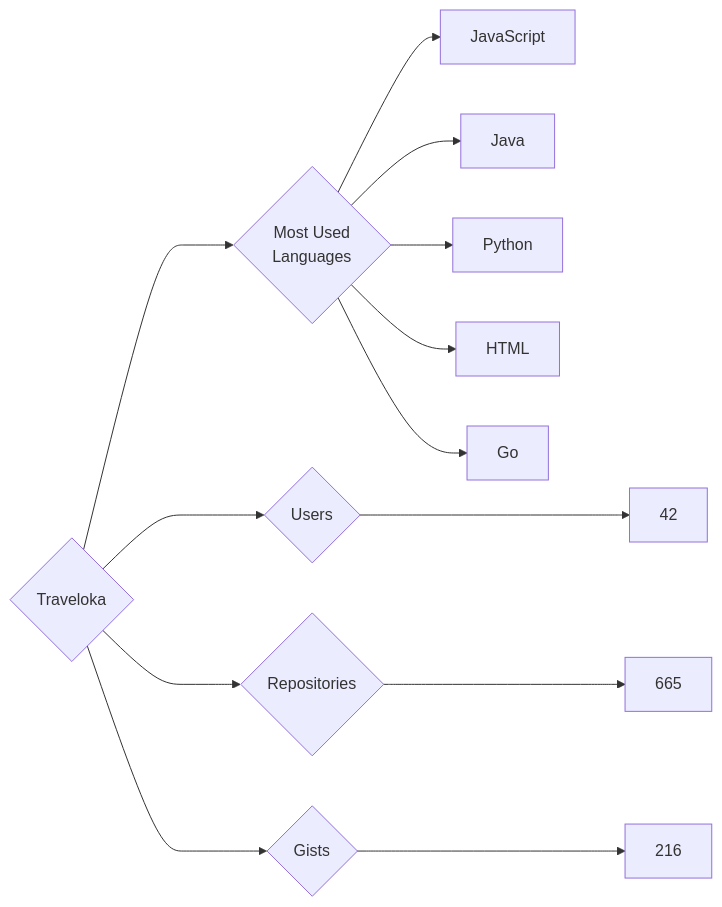
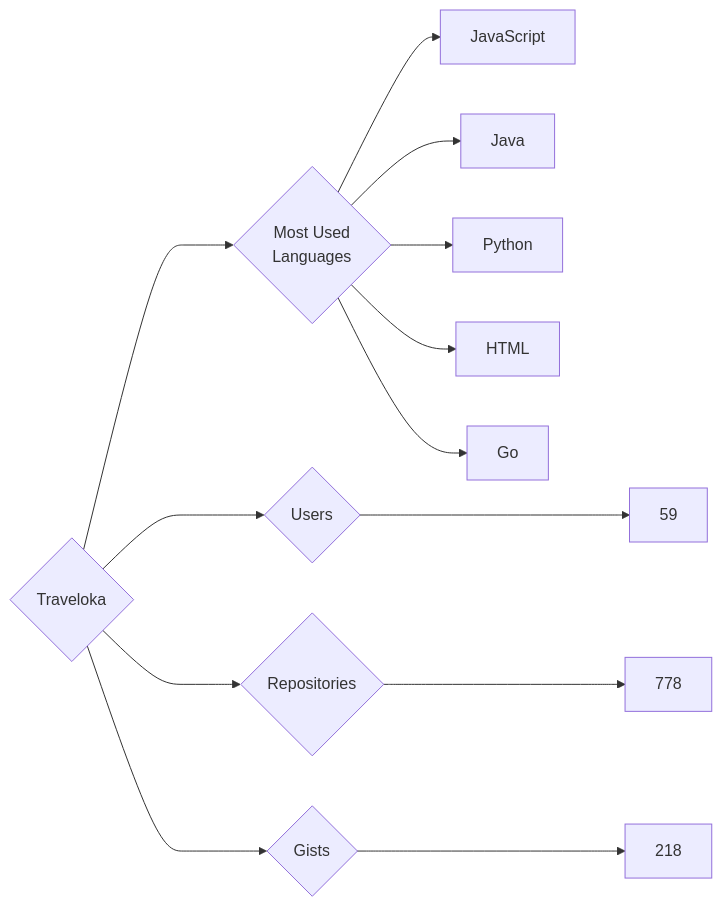
Before and after one commit to trickest/insiders: the diagram in targets/Traveloka/README.md, drawn with Mermaid. The commit also changed 851 other files, not shown here.

````diff
--- a/targets/Traveloka/README.md
+++ b/targets/Traveloka/README.md
@@ -3,13 +3,13 @@
 ```mermaid
 graph LR
 COMPANY_NAME{Traveloka}
-COMPANY_NAME ---> U{Users} ---> UN[42]
-COMPANY_NAME ---> R{Repositories} ---> RN[665]
-COMPANY_NAME ---> G{Gists} ---> GN[216]
+COMPANY_NAME ---> U{Users} ---> UN[59]
+COMPANY_NAME ---> R{Repositories} ---> RN[778]
+COMPANY_NAME ---> G{Gists} ---> GN[218]
 COMPANY_NAME ---> ML{Most Used<br>Languages}
 ML --> JavaScript[JavaScript]
 ML --> Java[Java]
 ML --> Python[Python]
 ML --> HTML[HTML]
 ML --> Go[Go]
 ```
````
